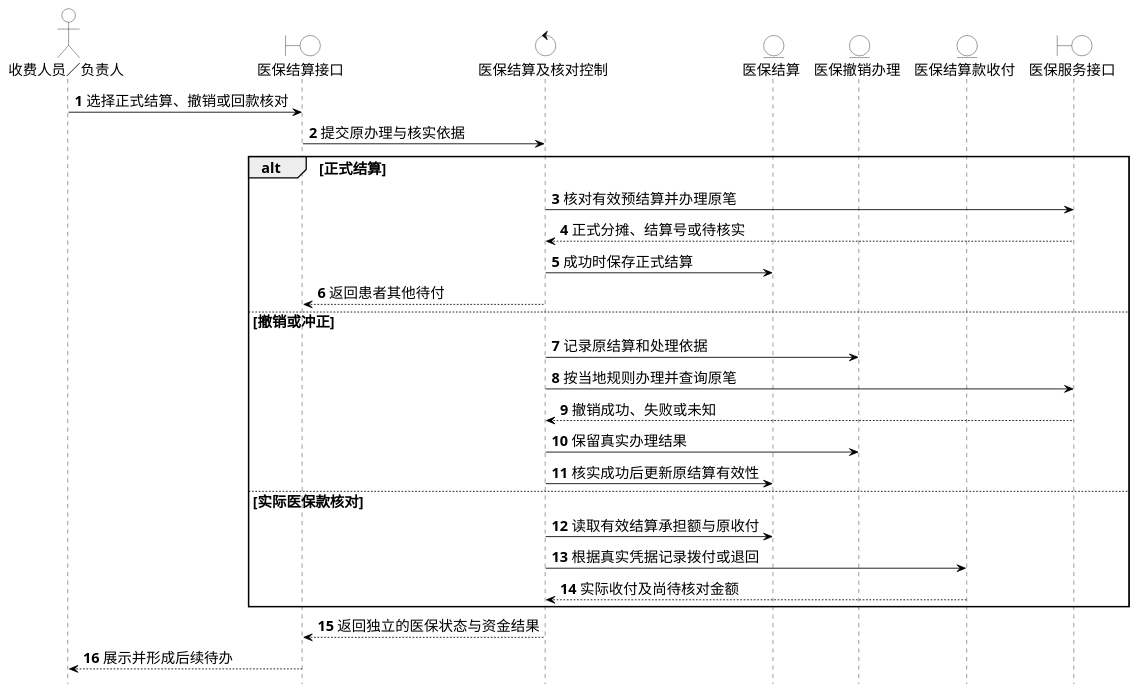
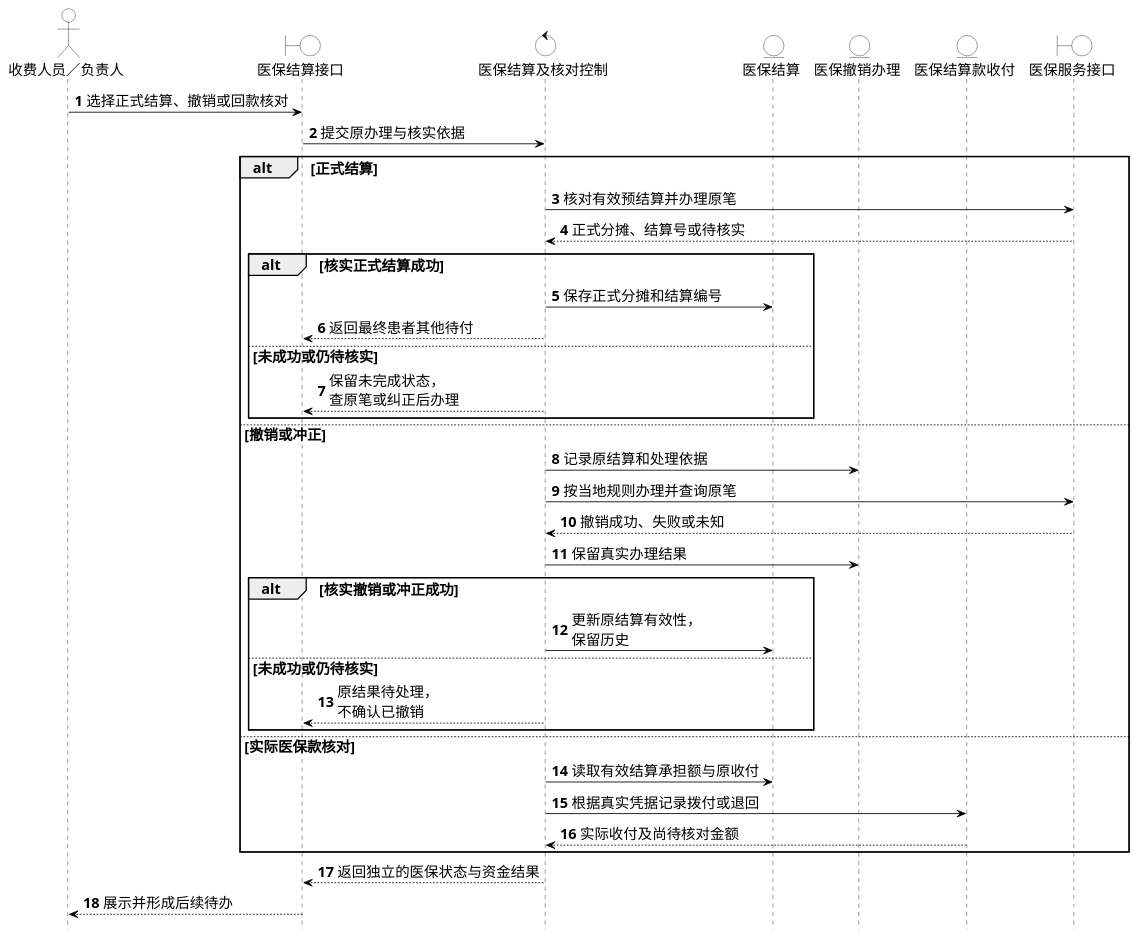
The diagram in 01-需求文档/diagrams/integrated-20261019/analysis-seq-23.puml (Shawmc-creator/systemAnalyseAndDesign), drawn with PlantUML before and after one commit. The commit also changed 53 other files, not shown here.

```diff
--- a/01-需求文档/diagrams/integrated-20261019/analysis-seq-23.puml
+++ b/01-需求文档/diagrams/integrated-20261019/analysis-seq-23.puml
@@ -1,48 +1,56 @@
 @startuml
 skinparam backgroundColor white
 skinparam shadowing false
 skinparam defaultFontName SimSun
 skinparam defaultFontSize 17
 skinparam ArrowColor black
 skinparam ClassBackgroundColor white
 skinparam ActorBackgroundColor white
 skinparam BoundaryBackgroundColor white
 skinparam ControlBackgroundColor white
 skinparam EntityBackgroundColor white
 skinparam NoteBackgroundColor white
 skinparam NoteBorderColor black
 skinparam classAttributeIconSize 0
 skinparam nodesep 24
 skinparam ranksep 34
 hide footbox
 autonumber
 skinparam maxMessageSize 145
 actor "收费人员／负责人" as A
 boundary "医保结算接口" as B
 control "医保结算及核对控制" as C
 entity "医保结算" as S
 entity "医保撤销办理" as R
 entity "医保结算款收付" as F
 boundary "医保服务接口" as E
 A -> B : 选择正式结算、撤销或回款核对
 B -> C : 提交原办理与核实依据
 alt 正式结算
  C -> E : 核对有效预结算并办理原笔
  E --> C : 正式分摊、结算号或待核实
- C -> S : 成功时保存正式结算
- C --> B : 返回患者其他待付
+ alt 核实正式结算成功
+  C -> S : 保存正式分摊和结算编号
+  C --> B : 返回最终患者其他待付
+ else 未成功或仍待核实
+  C --> B : 保留未完成状态，查原笔或纠正后办理
+ end
 else 撤销或冲正
  C -> R : 记录原结算和处理依据
  C -> E : 按当地规则办理并查询原笔
  E --> C : 撤销成功、失败或未知
  C -> R : 保留真实办理结果
- C -> S : 核实成功后更新原结算有效性
+ alt 核实撤销或冲正成功
+  C -> S : 更新原结算有效性，保留历史
+ else 未成功或仍待核实
+  C --> B : 原结果待处理，不确认已撤销
+ end
 else 实际医保款核对
  C -> S : 读取有效结算承担额与原收付
  C -> F : 根据真实凭据记录拨付或退回
  F --> C : 实际收付及尚待核对金额
 end
 C --> B : 返回独立的医保状态与资金结果
 B --> A : 展示并形成后续待办
 
 @enduml
```
